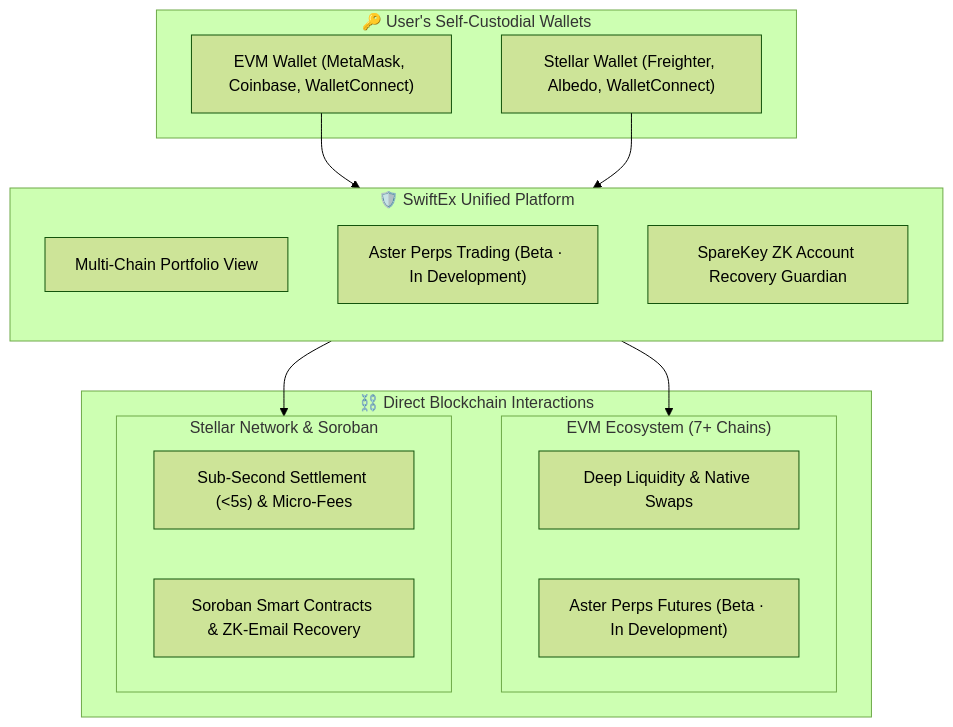
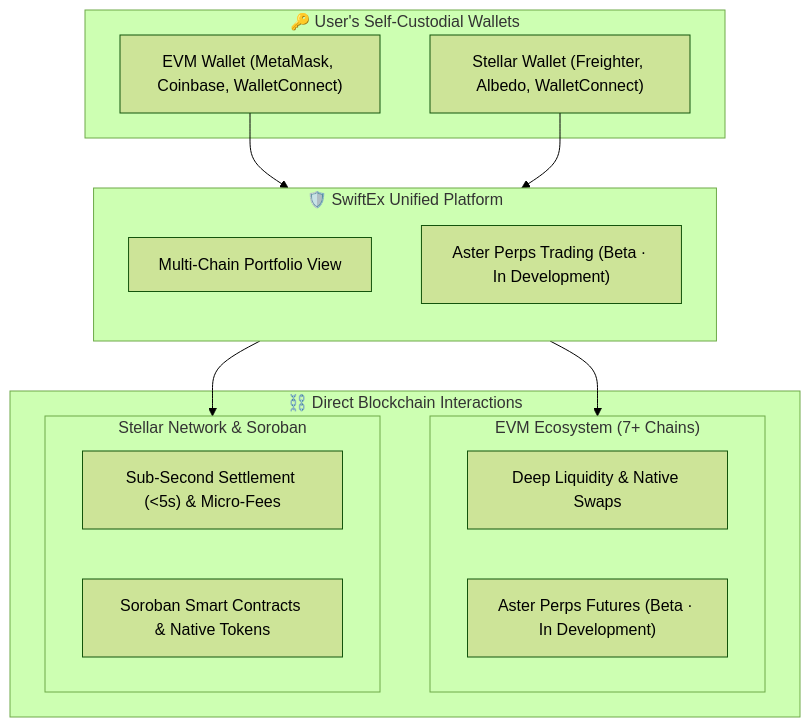
The first of 3 diagrams in README.md (SwiftExWallet/swiftexchange-web), drawn with Mermaid (forest theme) before and after one commit. The commit also changed other lines of this file and 33 other files, not shown here.

````diff
--- a/README.md
+++ b/README.md
@@ -55,31 +54,30 @@
 ```mermaid
 flowchart TD
     subgraph Wallets["🔑 User's Self-Custodial Wallets"]
         W1["EVM Wallet (MetaMask, Coinbase, WalletConnect)"]
         W2["Stellar Wallet (Freighter, Albedo, WalletConnect)"]
     end
 
     subgraph App["🛡️ SwiftEx Unified Platform"]
         direction TB
         UI1["Multi-Chain Portfolio View"]
         UI2["Aster Perps Trading (Beta · In Development)"]
-        UI3["SpareKey ZK Account Recovery Guardian"]
     end
 
     subgraph Ecosystems["⛓️ Direct Blockchain Interactions"]
         subgraph EVM["EVM Ecosystem (7+ Chains)"]
             E1["Deep Liquidity & Native Swaps"]
             E2["Aster Perps Futures (Beta · In Development)"]
         end
         subgraph Stellar["Stellar Network & Soroban"]
             S1["Sub-Second Settlement (<5s) & Micro-Fees"]
-            S2["Soroban Smart Contracts & ZK-Email Recovery"]
+            S2["Soroban Smart Contracts & Native Tokens"]
         end
     end
 
     W1 --> App
     W2 --> App
 
     App --> EVM
     App --> Stellar
 ```
````
